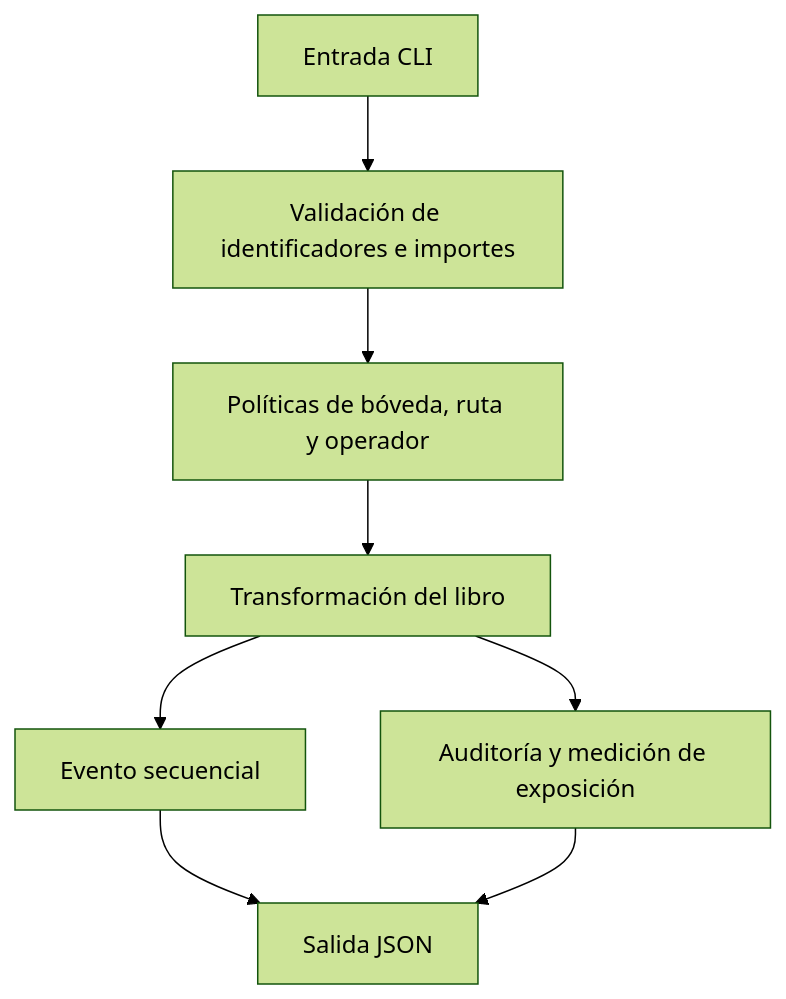
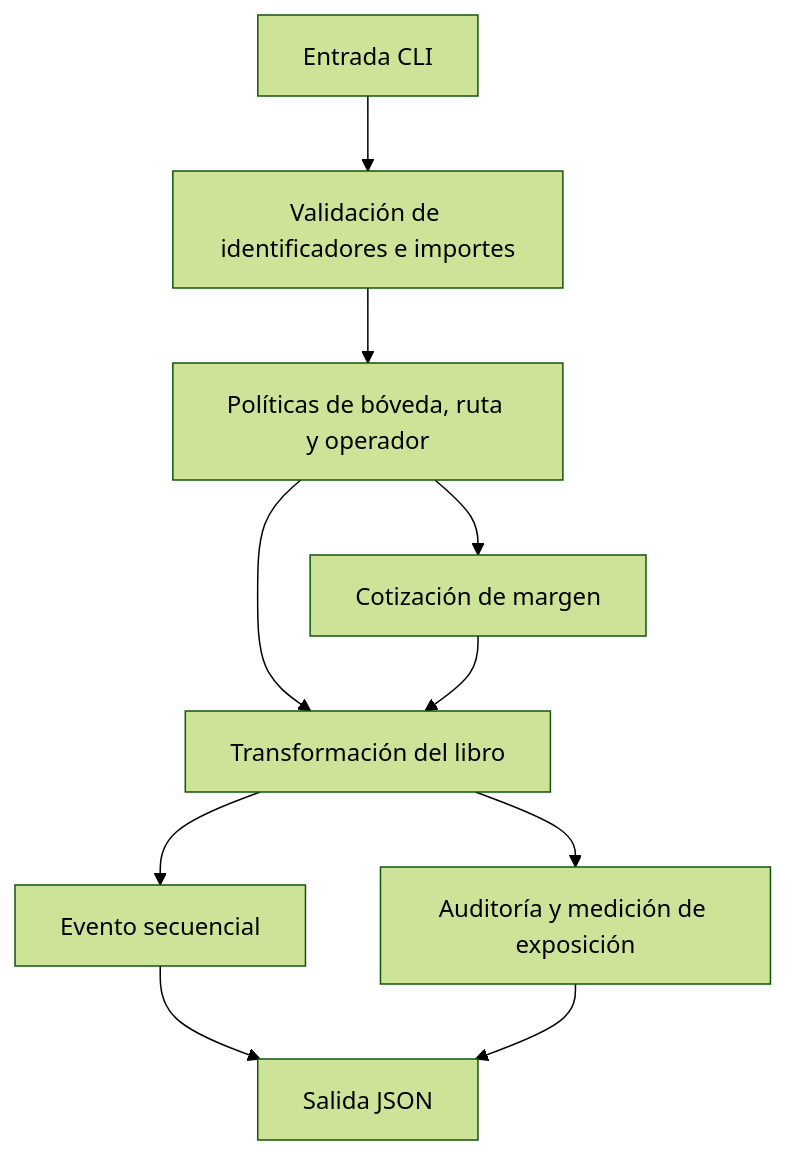
The diagram in SECURITY.md (SolguardLabs/MosaicDTL), drawn with Mermaid (forest theme) before and after one commit. The commit also changed other lines of this file and 29 other files, not shown here.

````diff
--- a/SECURITY.md
+++ b/SECURITY.md
@@ -7,10 +14,12 @@
 ```mermaid
 flowchart TB
   I[Entrada CLI] --> V[Validación de identificadores e importes]
   V --> P[Políticas de bóveda, ruta y operador]
   P --> T[Transformación del libro]
   T --> E[Evento secuencial]
   T --> A[Auditoría y medición de exposición]
+  P --> M[Cotización de margen]
+  M --> T
   E --> J[Salida JSON]
   A --> J
 ```
````
